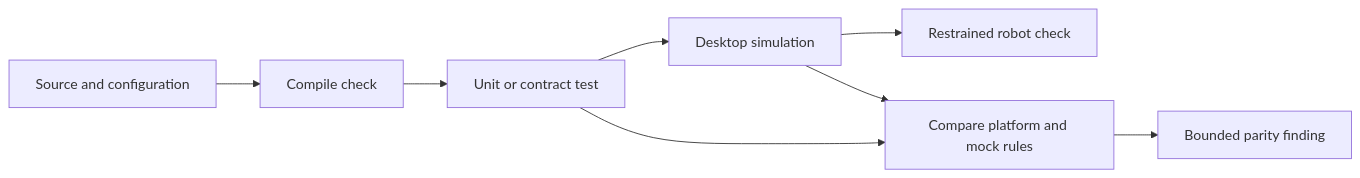
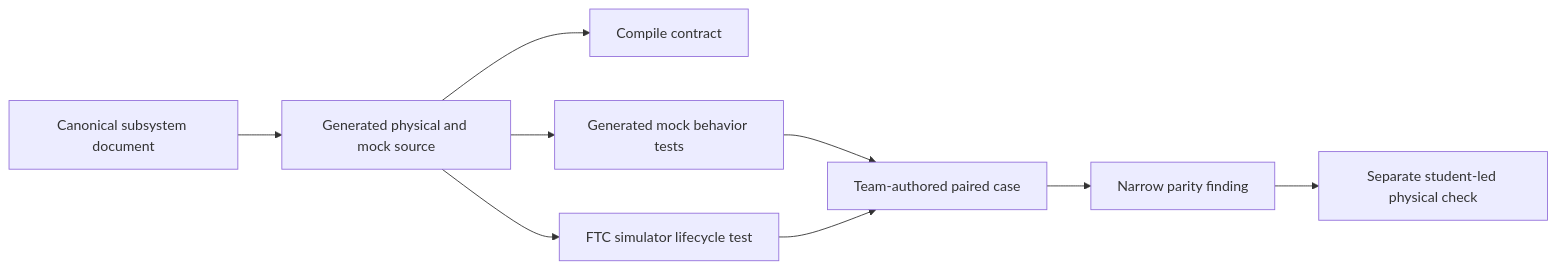
The diagram in content/learning/programming/08-tests-parity.md (ARES-23247/ARESWEB), drawn with Mermaid before and after one commit. The commit also changed other lines of this file and 7 other files, not shown here.

````diff
--- a/content/learning/programming/08-tests-parity.md
+++ b/content/learning/programming/08-tests-parity.md
@@ -49,11 +93,12 @@
 ```mermaid
-%% aria: Evidence moves from source and configuration through compile, unit, simulation, and restrained robot checks. Platform and mock behavior are compared without treating simulation as physical proof.
+%% aria: Generated source first proves a shared compile contract. Generated mock tests prove selected mock behavior. The FTC simulator test proves lifecycle ownership and call order. A separate paired test can compare two runtime boundaries. A restrained physical check remains separate.
 flowchart LR
-  A["Source and configuration"] --> B["Compile check"]
-  B --> C["Unit or contract test"]
-  C --> D["Desktop simulation"]
-  D --> E["Restrained robot check"]
-  C --> F["Compare platform and mock rules"]
-  D --> F
-  F --> G["Bounded parity finding"]
+  A["Canonical subsystem document"] --> B["Generated physical and mock source"]
+  B --> C["Compile contract"]
+  B --> D["Generated mock behavior tests"]
+  B --> E["FTC simulator lifecycle test"]
+  D --> F["Team-authored paired case"]
+  E --> F
+  F --> G["Narrow parity finding"]
+  G --> H["Separate student-led physical check"]
 ```
````
